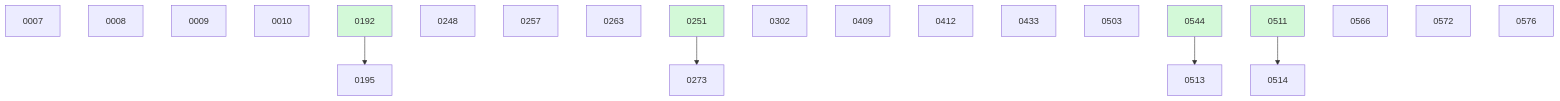
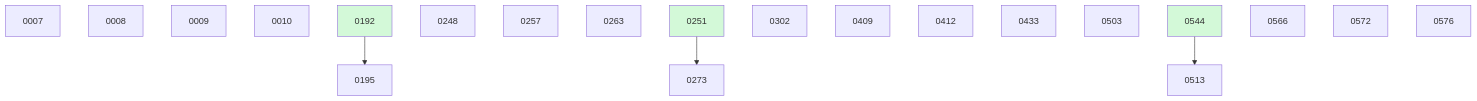
The diagram in docs/changes/BOARD.md (danielhanold/docket), drawn with Mermaid before and after one commit. The commit also changed other lines of this file and 4 other files, not shown here.

````diff
--- a/docs/changes/BOARD.md
+++ b/docs/changes/BOARD.md
@@ -39,27 +33,25 @@
 ```mermaid
 graph TD
   0007
   0008
   0009
   0010
   0192 --> 0195
   0248
   0257
   0263
   0251 --> 0273
   0302
   0409
   0412
   0433
   0503
   0544 --> 0513
-  0511 --> 0514
   0566
   0572
   0576
   0192:::done
   0251:::done
-  0511:::done
   0544:::done
   classDef done fill:#d3f9d8;
 ```
````
